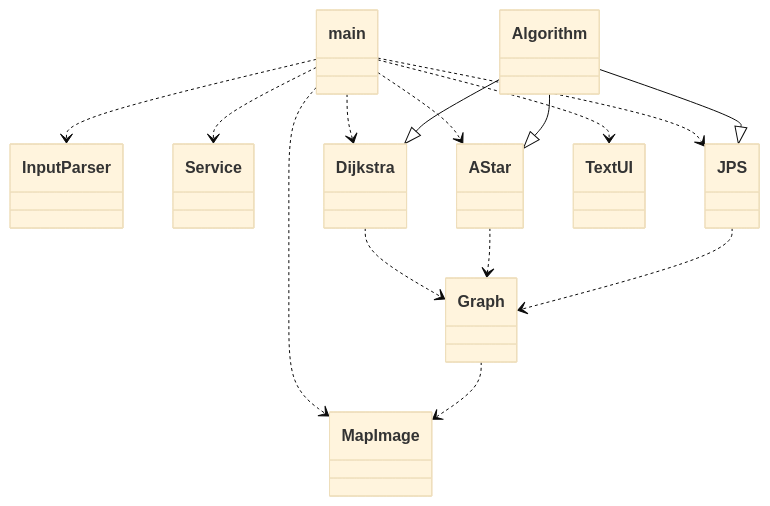
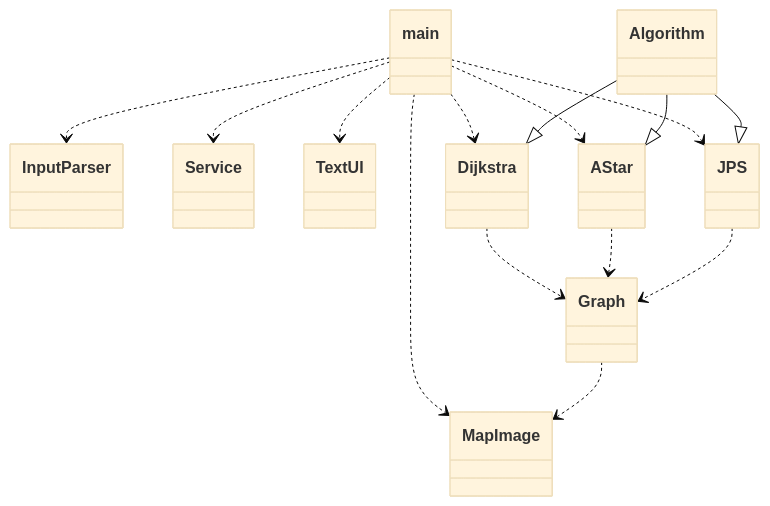
The diagram in documentation/implementation.md (antonlep/shortest-path), drawn with Mermaid (base theme) before and after one commit. The commit also changed other lines of this file, not shown here.

````diff
--- a/documentation/implementation.md
+++ b/documentation/implementation.md
@@ -3,33 +3,33 @@
 ```mermaid
  classDiagram
       main ..> InputParser
       main ..> Service
+      main ..> TextUI
       main ..> Dijkstra
       main ..> AStar
       main ..> JPS
       main ..> MapImage
-      main ..> TextUI
       Dijkstra ..> Graph
       AStar ..> Graph
       JPS ..> Graph
       Graph ..> MapImage
       Algorithm --|> Dijkstra
       Algorithm --|> AStar
       Algorithm --|> JPS
       class main{
       }
       class InputParser{
       }
       class Algorithm{
       }
       class MapImage{
       }
       class Graph{
       }
       class Dijkstra{
       }
       class AStar{
       }
       class JPS{
       }
 ```
````
